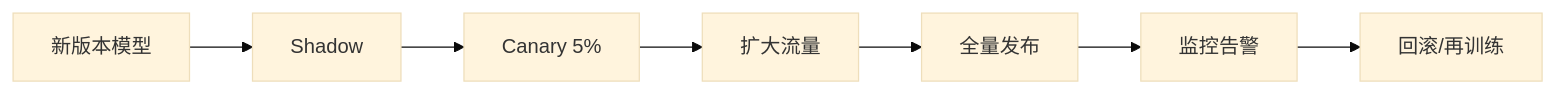
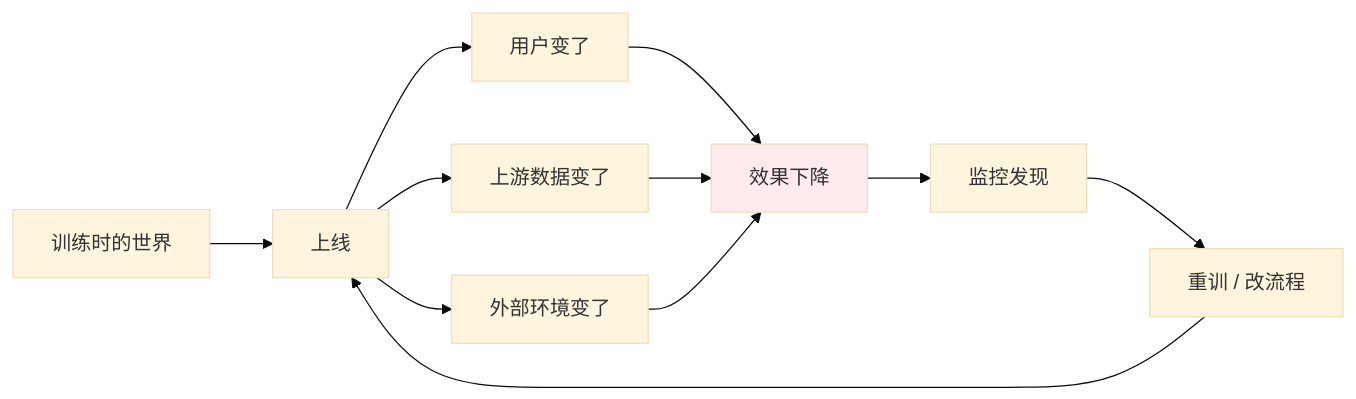
Before and after one commit to dwSun/AI-Tutorial: the first of 3 diagrams in chapters/PART16-评测监控与治理/16-3-线上监控与持续回归.md, drawn with Mermaid (base theme). The commit also changed other lines of this file and 47 other files, not shown here.

````diff
--- a/chapters/PART16-评测监控与治理/16-3-线上监控与持续回归.md
+++ b/chapters/PART16-评测监控与治理/16-3-线上监控与持续回归.md
@@ -41,9 +17,14 @@
 ```mermaid
 flowchart LR
-    A[新版本模型] --> B[Shadow]
-    B --> C[Canary 5%]
-    C --> D[扩大流量]
-    D --> E[全量发布]
-    E --> F[监控告警]
-    F --> G[回滚/再训练]
+    A[训练时的世界] --> B[上线]
+    B --> C[用户变了]
+    B --> D[上游数据变了]
+    B --> E[外部环境变了]
+    C --> F[效果下降]
+    D --> F
+    E --> F
+    F --> G[监控发现]
+    G --> H[重训 / 改流程]
+    H --> B
+    style F fill:#ffebee
 ```
````
